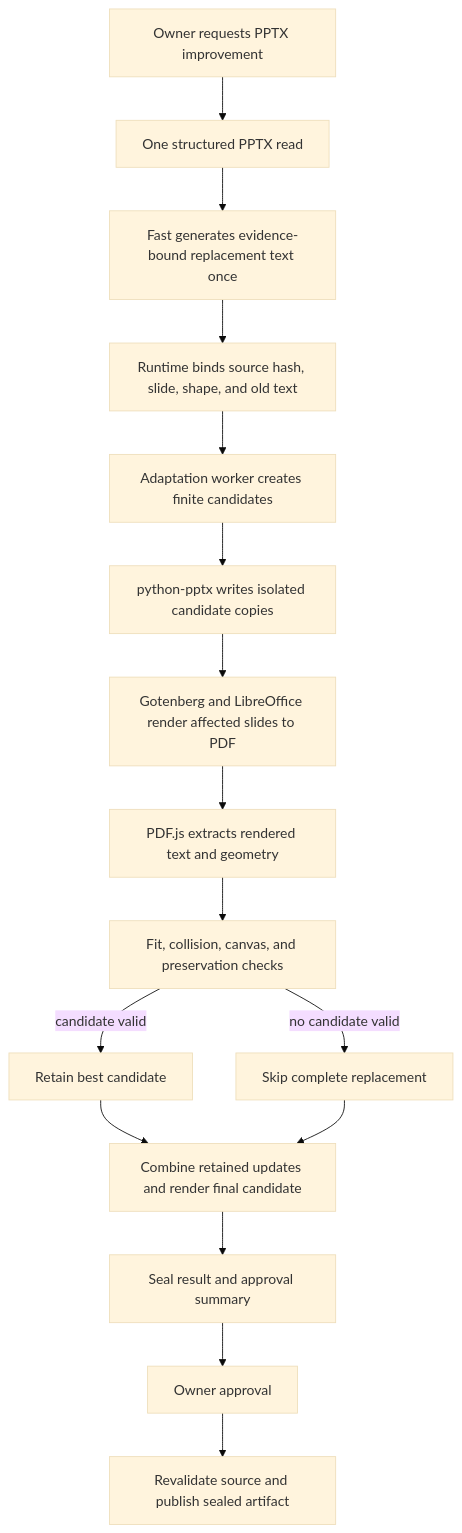
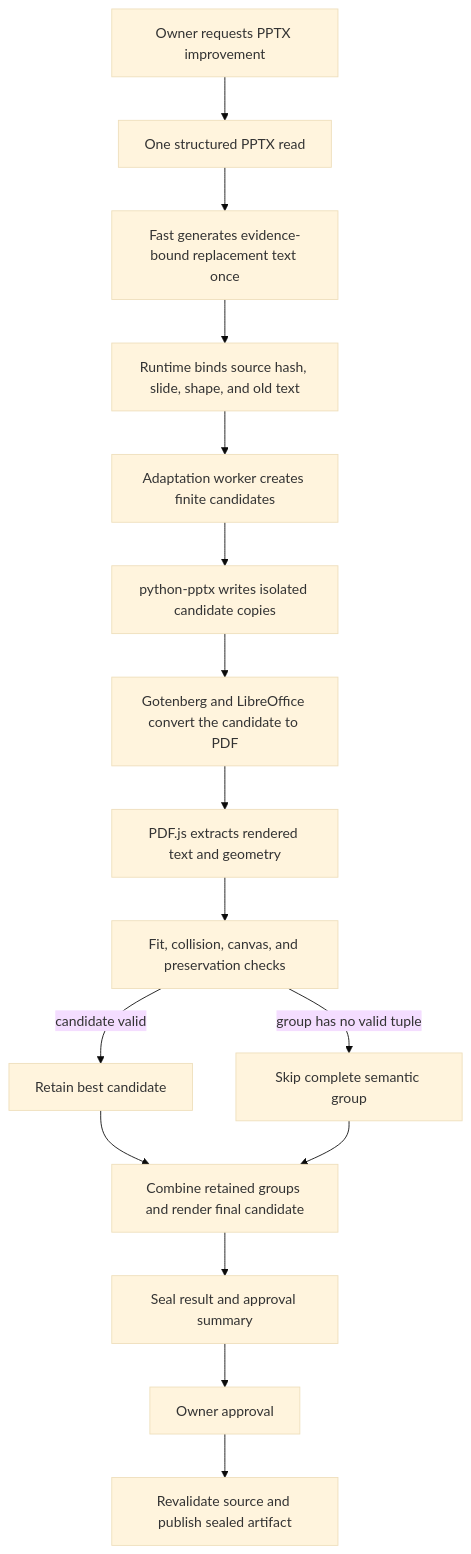
One commit to Infinimesh-ai/SparkClaw changed the diagram in docs/pptx-overlength-resilience-design.md. Above: the diagram before and after it, drawn with Mermaid (base theme). The commit also changed other lines of this file and 12 other files, not shown here.

````diff
--- a/docs/pptx-overlength-resilience-design.md
+++ b/docs/pptx-overlength-resilience-design.md
@@ -140,18 +158,18 @@
 ```mermaid
 flowchart TD
     A["Owner requests PPTX improvement"] --> B["One structured PPTX read"]
     B --> C["Fast generates evidence-bound replacement text once"]
     C --> D["Runtime binds source hash, slide, shape, and old text"]
     D --> E["Adaptation worker creates finite candidates"]
     E --> F["python-pptx writes isolated candidate copies"]
-    F --> G["Gotenberg and LibreOffice render affected slides to PDF"]
+    F --> G["Gotenberg and LibreOffice convert the candidate to PDF"]
     G --> H["PDF.js extracts rendered text and geometry"]
     H --> I["Fit, collision, canvas, and preservation checks"]
     I -->|"candidate valid"| J["Retain best candidate"]
-    I -->|"no candidate valid"| K["Skip complete replacement"]
-    J --> L["Combine retained updates and render final candidate"]
+    I -->|"group has no valid tuple"| K["Skip complete semantic group"]
+    J --> L["Combine retained groups and render final candidate"]
     K --> L
     L --> M["Seal result and approval summary"]
     M --> N["Owner approval"]
     N --> O["Revalidate source and publish sealed artifact"]
 ```
````
